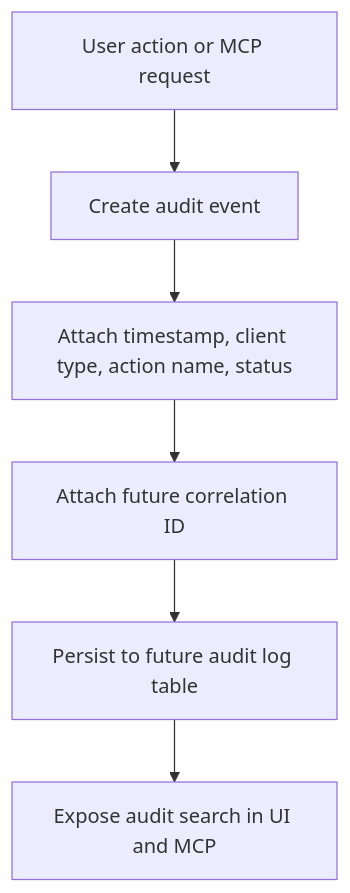
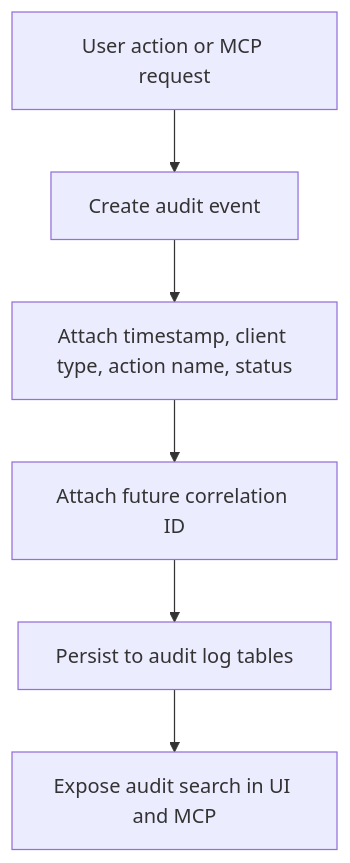
Before and after one commit to thejavascriptways/IFSC-78603-Graduate-Project-trading_journal-mcp: the seventh of 7 diagrams in docs/architecture_plan.md, drawn with Mermaid. The commit also changed other lines of this file and 18 other files, not shown here.

````diff
--- a/docs/architecture_plan.md
+++ b/docs/architecture_plan.md
@@ -275,8 +297,8 @@
 ```mermaid
 flowchart TD
     A["User action or MCP request"] --> B["Create audit event"]
     B --> C["Attach timestamp, client type, action name, status"]
     C --> D["Attach future correlation ID"]
-    D --> E["Persist to future audit log table"]
+    D --> E["Persist to audit log tables"]
     E --> F["Expose audit search in UI and MCP"]
 ```
````
